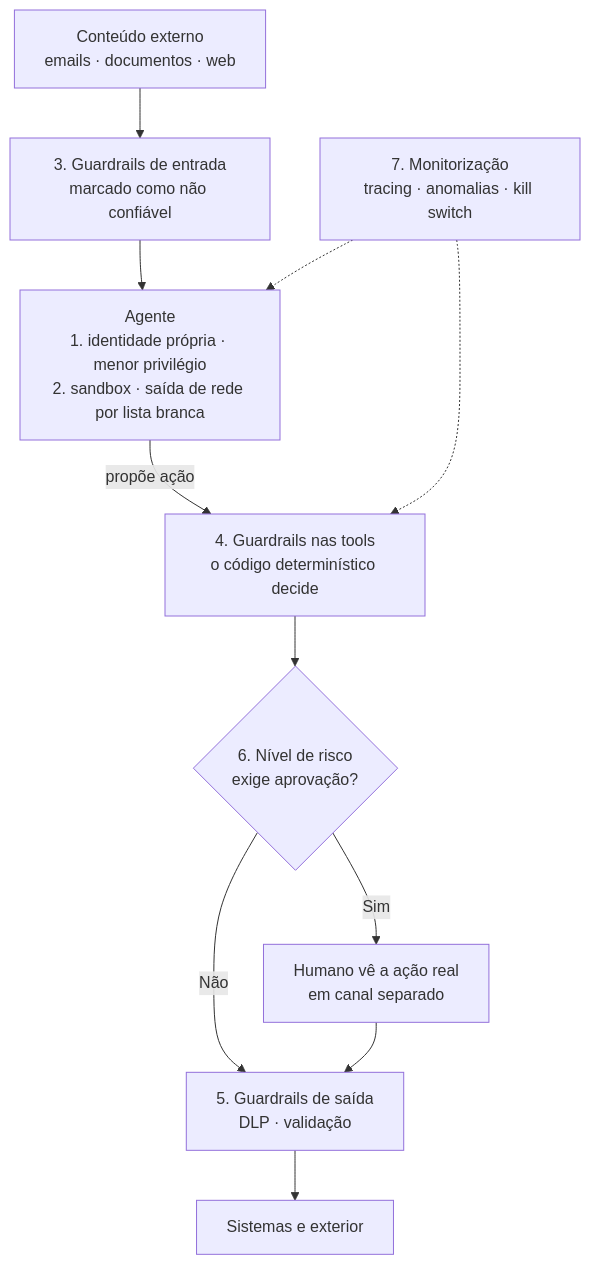
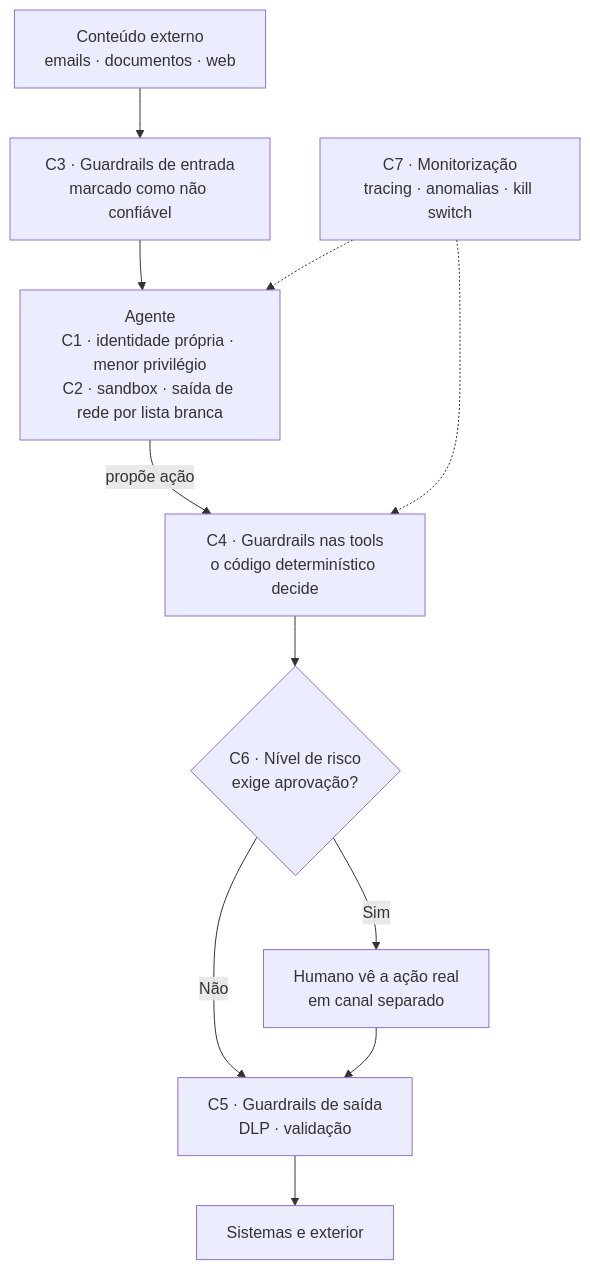
One commit to bmgsilva/enterprise-ai-architecture-workshop changed the second of 3 diagrams in docs/03-governanca-e-seguranca.md. Above: the diagram before and after it, drawn with Mermaid.

Commit message:
Parte 3: corrige rótulos do diagrama de camadas
Claude-Session: https://claude.ai/code/session_01UuXVraSQ9wVtwmRyFhfNfM

````diff
--- a/docs/03-governanca-e-seguranca.md
+++ b/docs/03-governanca-e-seguranca.md
@@ -57,13 +57,13 @@
 ```mermaid
 flowchart TB
-    IN[Conteúdo externo<br>emails · documentos · web] --> L3[3. Guardrails de entrada<br>marcado como não confiável]
-    L3 --> AG[Agente<br>1. identidade própria · menor privilégio<br>2. sandbox · saída de rede por lista branca]
-    AG -->|propõe ação| L4[4. Guardrails nas tools<br>o código determinístico decide]
-    L4 --> L6{6. Nível de risco<br>exige aprovação?}
+    IN[Conteúdo externo<br>emails · documentos · web] --> L3[C3 · Guardrails de entrada<br>marcado como não confiável]
+    L3 --> AG[Agente<br>C1 · identidade própria · menor privilégio<br>C2 · sandbox · saída de rede por lista branca]
+    AG -->|propõe ação| L4[C4 · Guardrails nas tools<br>o código determinístico decide]
+    L4 --> L6{C6 · Nível de risco<br>exige aprovação?}
     L6 -- Sim --> H[Humano vê a ação real<br>em canal separado]
-    L6 -- Não --> L5[5. Guardrails de saída<br>DLP · validação]
+    L6 -- Não --> L5[C5 · Guardrails de saída<br>DLP · validação]
     H --> L5
     L5 --> SYS[Sistemas e exterior]
-    MON[7. Monitorização<br>tracing · anomalias · kill switch] -.-> AG
+    MON[C7 · Monitorização<br>tracing · anomalias · kill switch] -.-> AG
     MON -.-> L4
 ```
````
